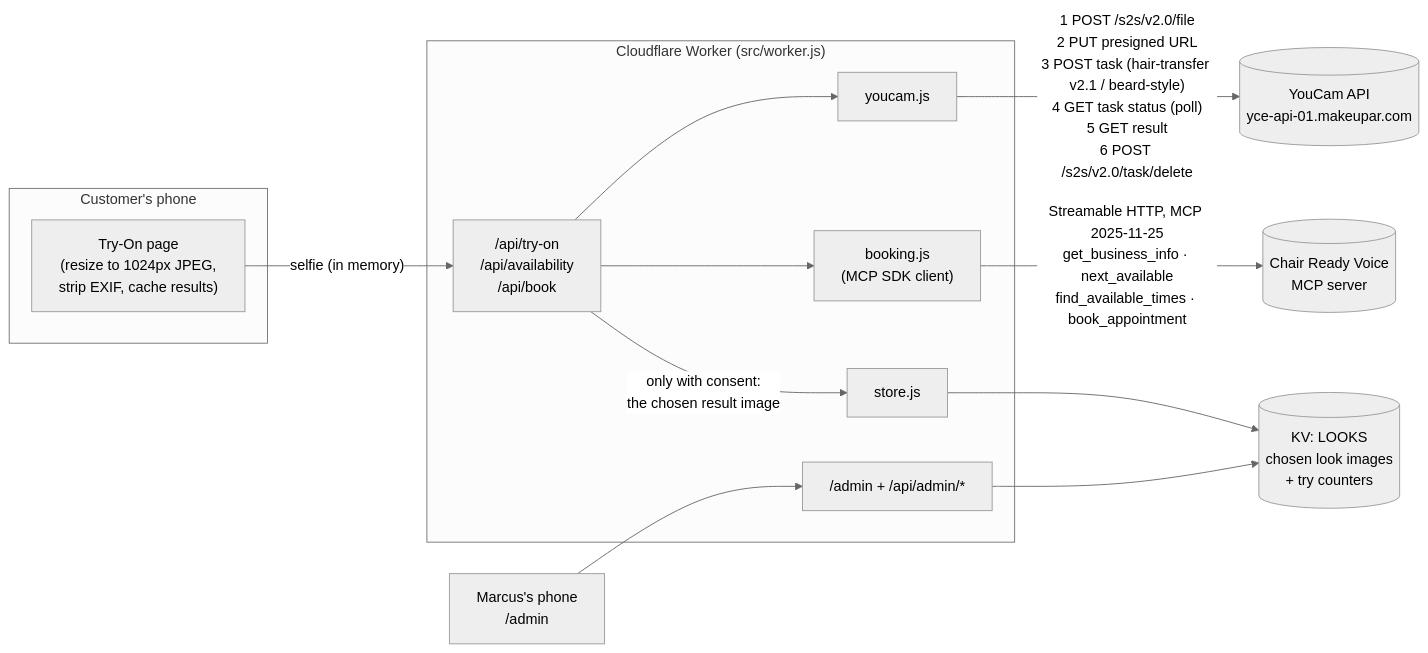
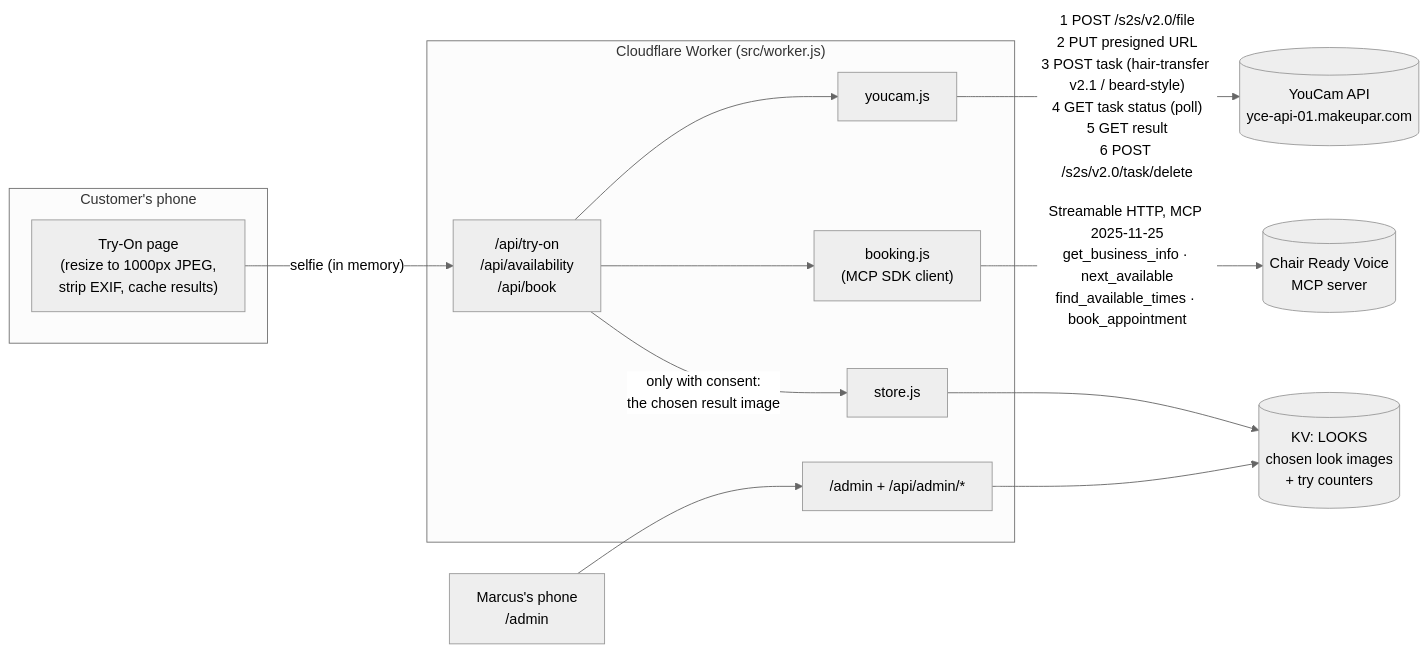
Before and after one commit to bck-stack/fade-try-on: the first of 2 diagrams in README.md, drawn with Mermaid (neutral theme). The commit also changed other lines of this file and 7 other files, not shown here.

````diff
--- a/README.md
+++ b/README.md
@@ -53,25 +53,25 @@
 ```mermaid
 flowchart LR
   subgraph Phone["Customer's phone"]
-    UI["Try-On page<br/>(resize to 1024px JPEG,<br/>strip EXIF, cache results)"]
+    UI["Try-On page<br/>(resize to 1000px JPEG,<br/>strip EXIF, cache results)"]
   end
   subgraph Worker["Cloudflare Worker (src/worker.js)"]
     API["/api/try-on<br/>/api/availability<br/>/api/book"]
     YC["youcam.js"]
     BK["booking.js<br/>(MCP SDK client)"]
     ST["store.js"]
     ADM["/admin + /api/admin/*"]
   end
   YouCam[("YouCam API<br/>yce-api-01.makeupar.com")]
   MCP[("Chair Ready Voice<br/>MCP server")]
   KV[("KV: LOOKS<br/>chosen look images<br/>+ try counters")]
   Marcus["Marcus's phone<br/>/admin"]
 
   UI -- "selfie (in memory)" --> API
   API --> YC
   YC -- "1 POST /s2s/v2.0/file<br/>2 PUT presigned URL<br/>3 POST task (hair-transfer v2.1 / beard-style)<br/>4 GET task status (poll)<br/>5 GET result<br/>6 POST /s2s/v2.0/task/delete" --> YouCam
   API --> BK
   BK -- "Streamable HTTP, MCP 2025-11-25<br/>get_business_info · next_available<br/>find_available_times · book_appointment" --> MCP
   API -- "only with consent:<br/>the chosen result image" --> ST --> KV
   Marcus --> ADM --> KV
 ```
````
